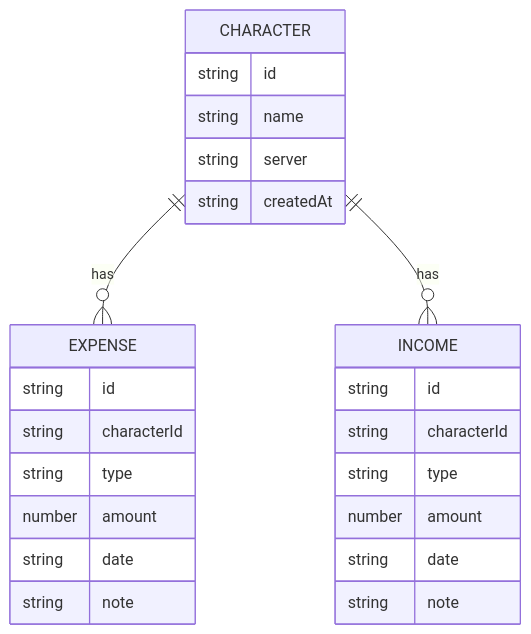
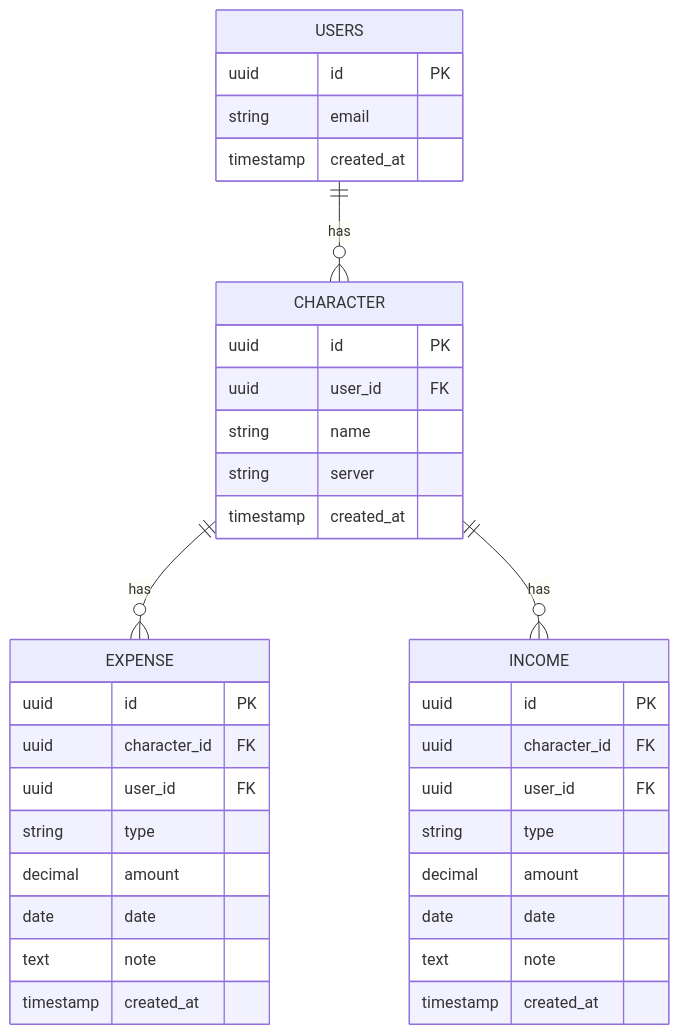
One commit to hshanghai/mhxy_order changed the second of 2 diagrams in .trae/documents/arch.md. Above: the diagram before and after it, drawn with Mermaid. The commit also changed other lines of this file and 16 other files, not shown here.

````diff
--- a/.trae/documents/arch.md
+++ b/.trae/documents/arch.md
@@ -27,27 +31,38 @@
 ```mermaid
 erDiagram
+    USERS ||--o{ CHARACTER : has
     CHARACTER ||--o{ EXPENSE : has
     CHARACTER ||--o{ INCOME : has
+    USERS {
+        uuid id PK
+        string email
+        timestamp created_at
+    }
     CHARACTER {
-        string id
+        uuid id PK
+        uuid user_id FK
         string name
         string server
-        string createdAt
+        timestamp created_at
     }
     EXPENSE {
-        string id
-        string characterId
+        uuid id PK
+        uuid character_id FK
+        uuid user_id FK
         string type
-        number amount
-        string date
-        string note
+        decimal amount
+        date date
+        text note
+        timestamp created_at
     }
     INCOME {
-        string id
-        string characterId
+        uuid id PK
+        uuid character_id FK
+        uuid user_id FK
         string type
-        number amount
-        string date
-        string note
+        decimal amount
+        date date
+        text note
+        timestamp created_at
     }
 ```
````
